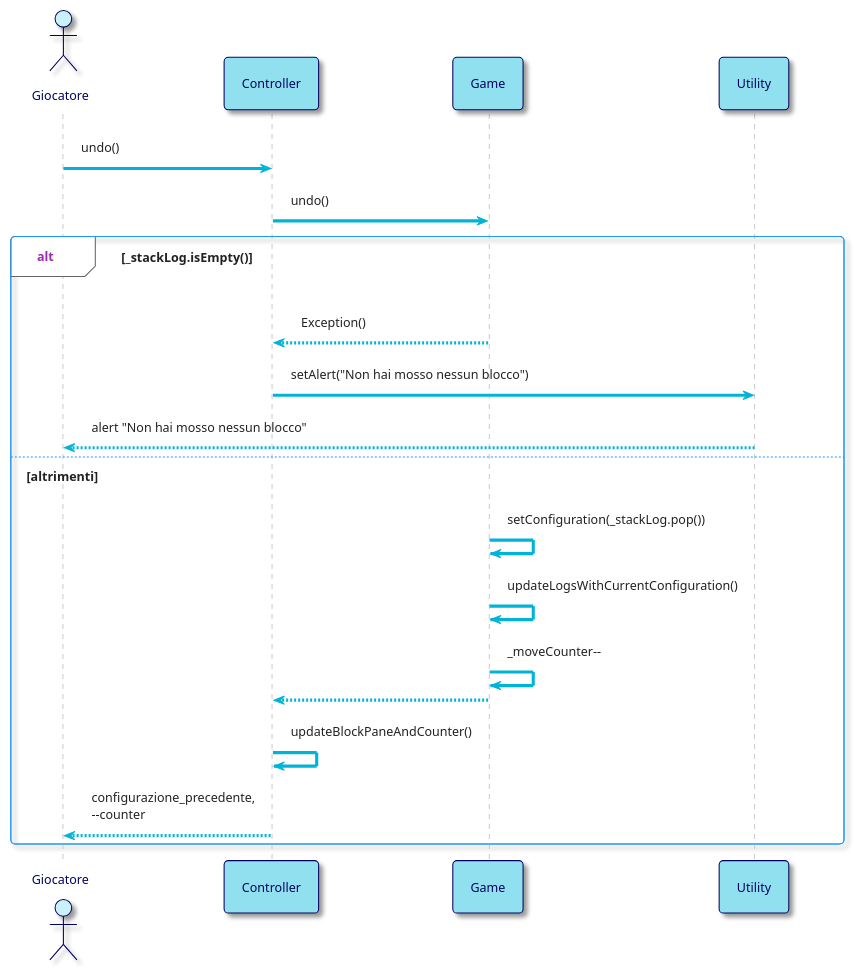
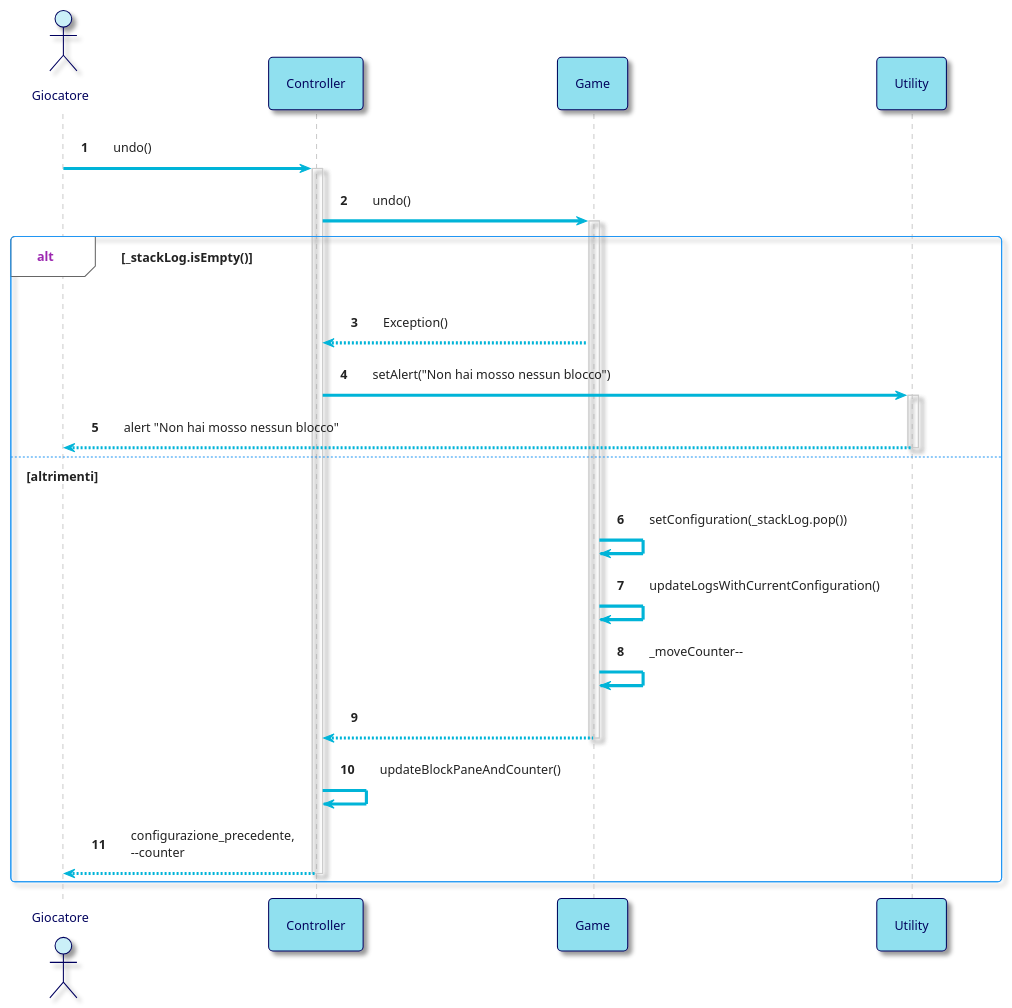
Before and after one commit to bellins14/klotski_gruppo2: the fourth of 6 diagrams in resources/Sequence_Diagrams.md, drawn with PlantUML.

````diff
--- a/resources/Sequence_Diagrams.md
+++ b/resources/Sequence_Diagrams.md
@@ -242,40 +242,49 @@
 ```plantuml
 @startuml
 !theme materia-outline
+autonumber
 
 skinparam ArrowColor #00B4D8
 skinparam ActorBorderColor #03045E
 skinparam ActorFontColor #03045E
 skinparam ActorBackgroundColor #CAF0F8
 skinparam ParticipantFontColor #03045E
 skinparam ParticipantBorderColor #03045E
 skinparam ParticipantBackgroundColor #90E0EF
 skinparam DatabaseBorderColor #03045E
 skinparam DatabaseBackgroundColor #00B4D8
 skinparam DatabaseFontColor #03045E
 skinparam BackgroundColor #FFFFFF
 
 actor Giocatore 
 participant Controller
 participant Game
 
 Giocatore -> Controller: undo()
+activate Controller
 Controller -> Game: undo()
+activate Game
 
 alt _stackLog.isEmpty()
 Game --> Controller: Exception()
 Controller -> Utility: setAlert("Non hai mosso nessun blocco")
+activate Utility
 Utility --> Giocatore: alert "Non hai mosso nessun blocco"
+deactivate Utility
+
 
 else altrimenti
 Game -> Game: setConfiguration(_stackLog.pop()) 
 Game -> Game: updateLogsWithCurrentConfiguration()
 Game -> Game:_moveCounter--
 Game --> Controller
+deactivate Game
+
 Controller -> Controller: updateBlockPaneAndCounter()
 Controller --> Giocatore: configurazione_precedente,\n--counter
+deactivate Controller
 
 end
 
 @enduml
 ```
````
